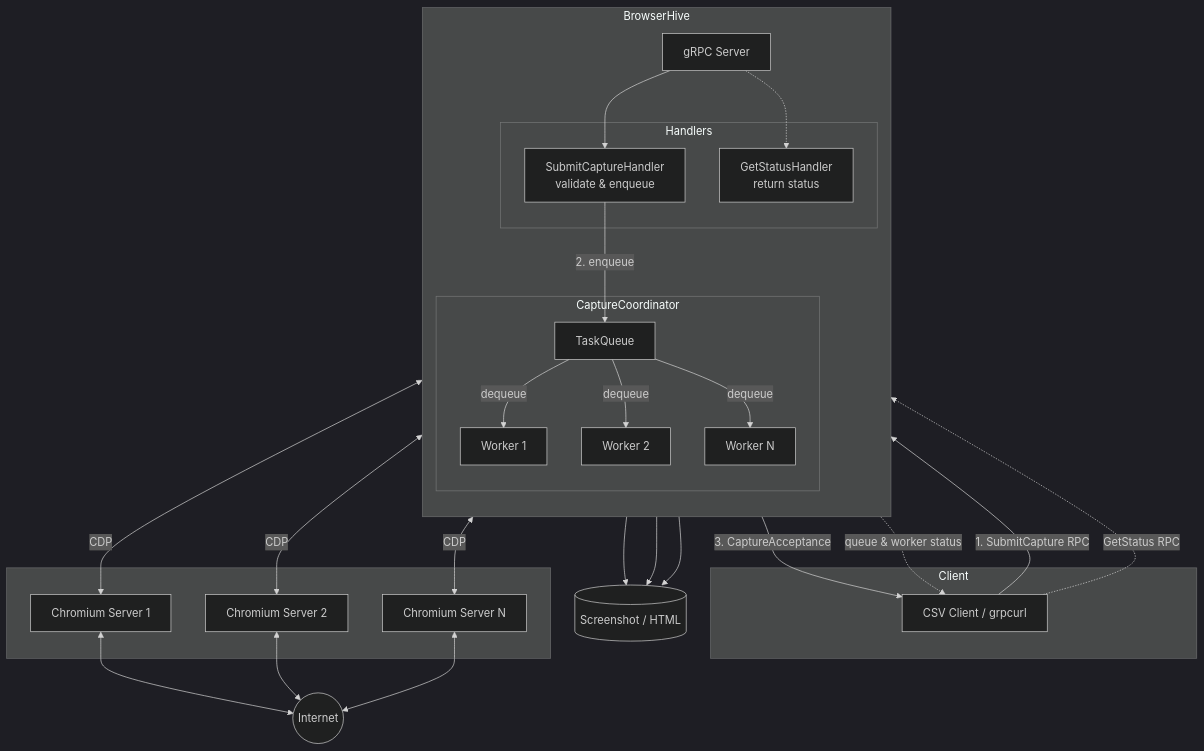
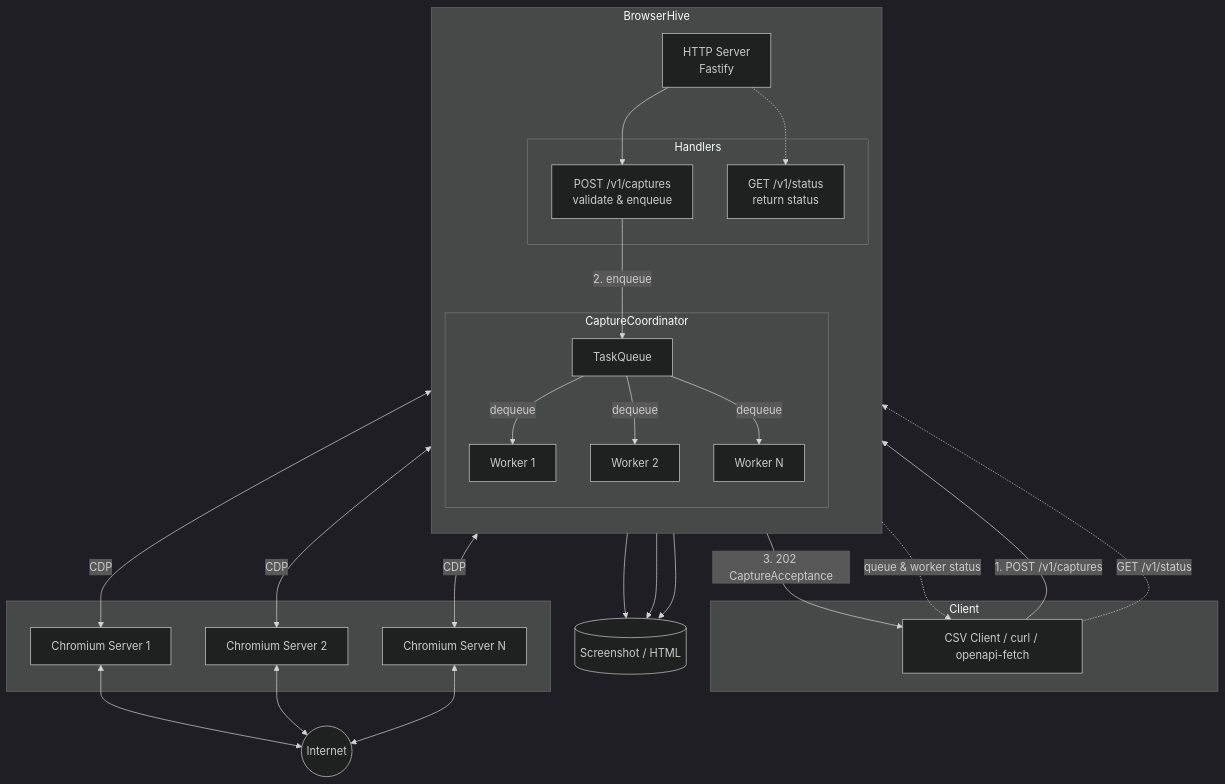
Before and after one commit to uraitakahito/browserhive: the first of 3 diagrams in README.md, drawn with Mermaid (dark theme). The commit also changed other lines of this file and 42 other files, not shown here.

First line of the commit message:
switch transport from gRPC/proto to HTTP/OpenAPI

````diff
--- a/README.md
+++ b/README.md
@@ -13,51 +14,51 @@
 ```mermaid
 flowchart TB
     subgraph Client
-        CLI[CSV Client / grpcurl]
+        CLI[CSV Client / curl / openapi-fetch]
     end
 
     subgraph BrowserHive["BrowserHive"]
         direction TB
-        Server[gRPC Server]
+        Server[HTTP Server<br/>Fastify]
         subgraph Handlers["Handlers"]
-            SubmitCaptureHandler[SubmitCaptureHandler<br/>validate & enqueue]
-            GetStatusHandler[GetStatusHandler<br/>return status]
+            SubmitCaptureHandler[POST /v1/captures<br/>validate & enqueue]
+            GetStatusHandler[GET /v1/status<br/>return status]
         end
         subgraph CaptureCoordinator
             Queue[TaskQueue]
             Worker1[Worker 1]
             Worker2[Worker 2]
             Worker3[Worker N]
         end
     end
 
     subgraph ChromiumServers[" "]
         Browser1[Chromium Server 1]
         Browser2[Chromium Server 2]
         Browser3[Chromium Server N]
     end
 
     Internet((Internet))
 
     Files[(Screenshot / HTML)]
 
-    CLI -->|"1. SubmitCapture RPC"| Server
+    CLI -->|"1. POST /v1/captures"| Server
     Server --> SubmitCaptureHandler
     SubmitCaptureHandler -->|"2. enqueue"| Queue
-    SubmitCaptureHandler -->|"3. CaptureAcceptance"| CLI
-    CLI -.->|"GetStatus RPC"| Server
+    SubmitCaptureHandler -->|"3. 202 CaptureAcceptance"| CLI
+    CLI -.->|"GET /v1/status"| Server
     Server -.-> GetStatusHandler
     GetStatusHandler -.->|"queue & worker status"| CLI
     Queue -->|dequeue| Worker1
     Queue -->|dequeue| Worker2
     Queue -->|dequeue| Worker3
     Worker1 <-->|CDP| Browser1
     Worker2 <-->|CDP| Browser2
     Worker3 <-->|CDP| Browser3
     Browser1 <--> Internet
     Browser2 <--> Internet
     Browser3 <--> Internet
     Worker1 --> Files
     Worker2 --> Files
     Worker3 --> Files
 ```
````
